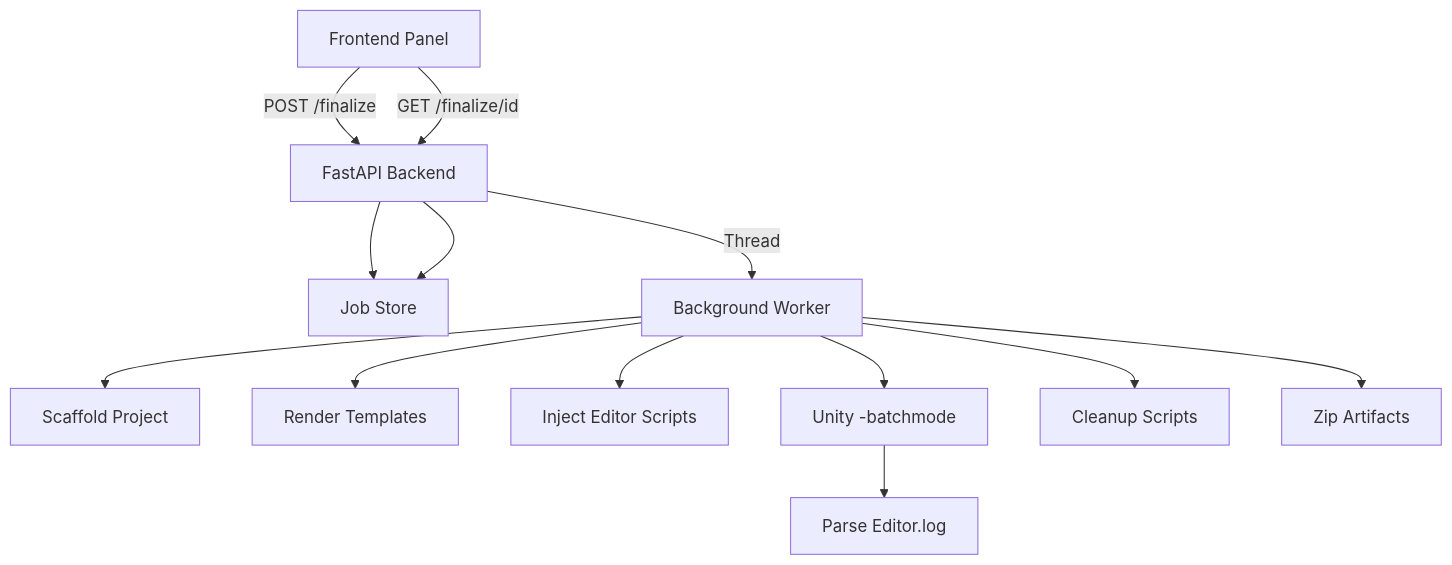
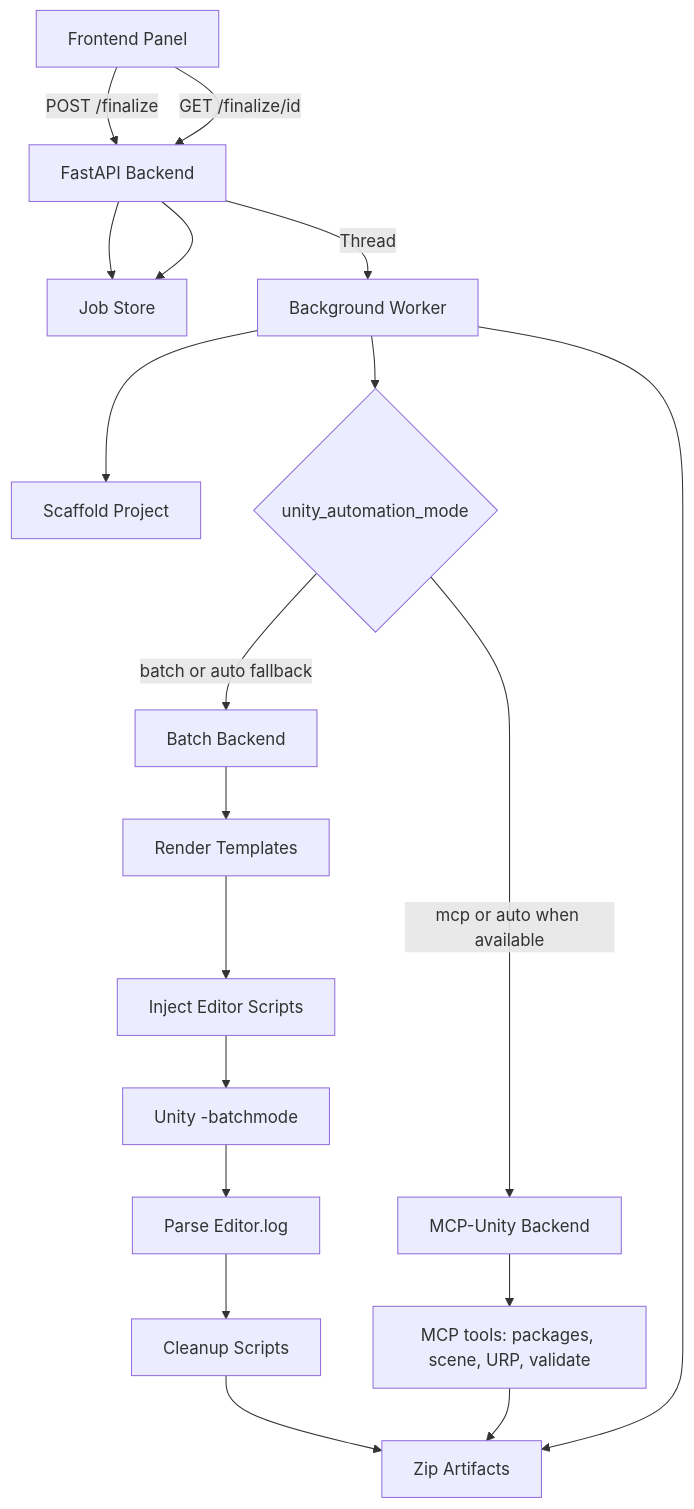
One commit to Ozymandros/Unity-Generator changed the diagram in docs/UNITY_INTEGRATION.md. Above: the diagram before and after it, drawn with Mermaid. The commit also changed other lines of this file and 10 other files, not shown here.

First line of the commit message:
Add MCP-Unity backend and automation mode

````diff
--- a/docs/UNITY_INTEGRATION.md
+++ b/docs/UNITY_INTEGRATION.md
@@ -165,15 +243,21 @@
 ```mermaid
 flowchart TD
   FE[Frontend Panel] -->|POST /finalize| API[FastAPI Backend]
   API --> STORE[Job Store]
   API -->|Thread| BG[Background Worker]
   BG --> SCAFFOLD[Scaffold Project]
-  BG --> RENDER[Render Templates]
-  BG --> INJECT[Inject Editor Scripts]
-  BG --> UNITY[Unity -batchmode]
+  BG --> MODE{unity_automation_mode}
+  MODE -->|batch or auto fallback| BATCH[Batch Backend]
+  MODE -->|mcp or auto when available| MCP[MCP-Unity Backend]
+  BATCH --> RENDER[Render Templates]
+  RENDER --> INJECT[Inject Editor Scripts]
+  INJECT --> UNITY[Unity -batchmode]
   UNITY --> LOG[Parse Editor.log]
-  BG --> CLEAN[Cleanup Scripts]
-  BG --> ZIP[Zip Artifacts]
+  LOG --> CLEAN[Cleanup Scripts]
+  MCP --> TOOLS[MCP tools: packages, scene, URP, validate]
+  CLEAN --> ZIP[Zip Artifacts]
+  TOOLS --> ZIP
+  BG --> ZIP
   FE -->|GET /finalize/id| API
   API --> STORE
 ```
````
